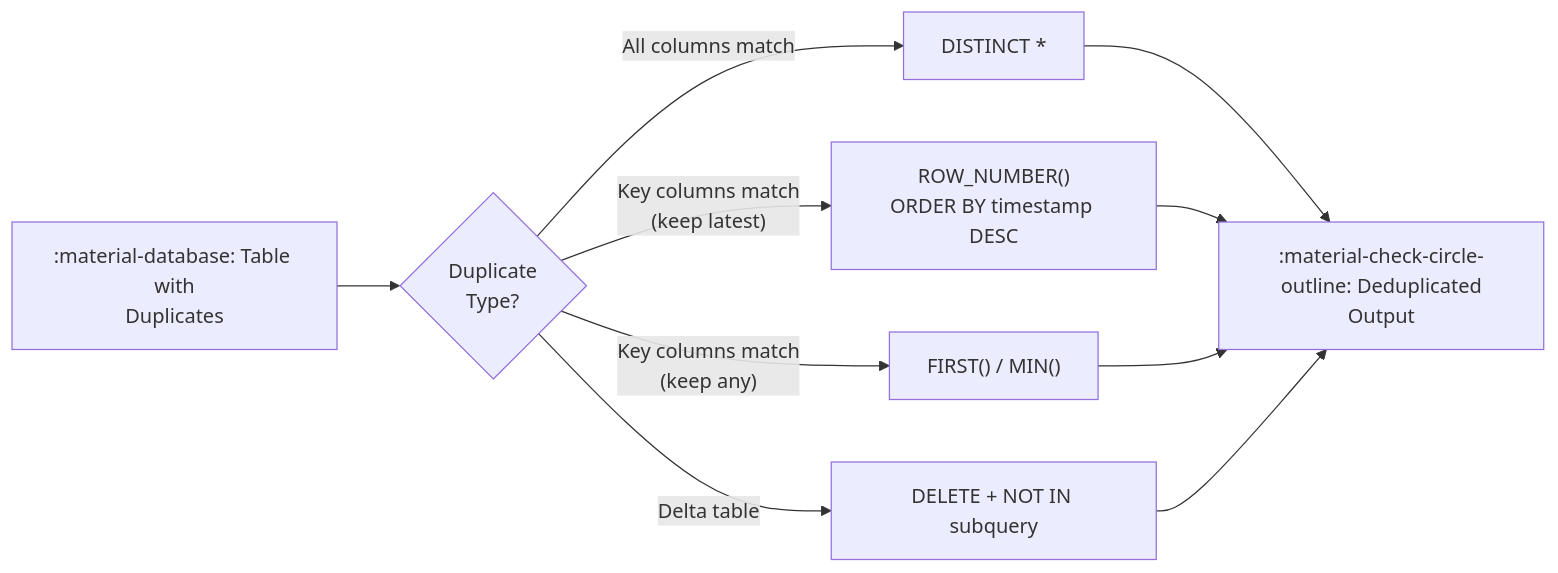
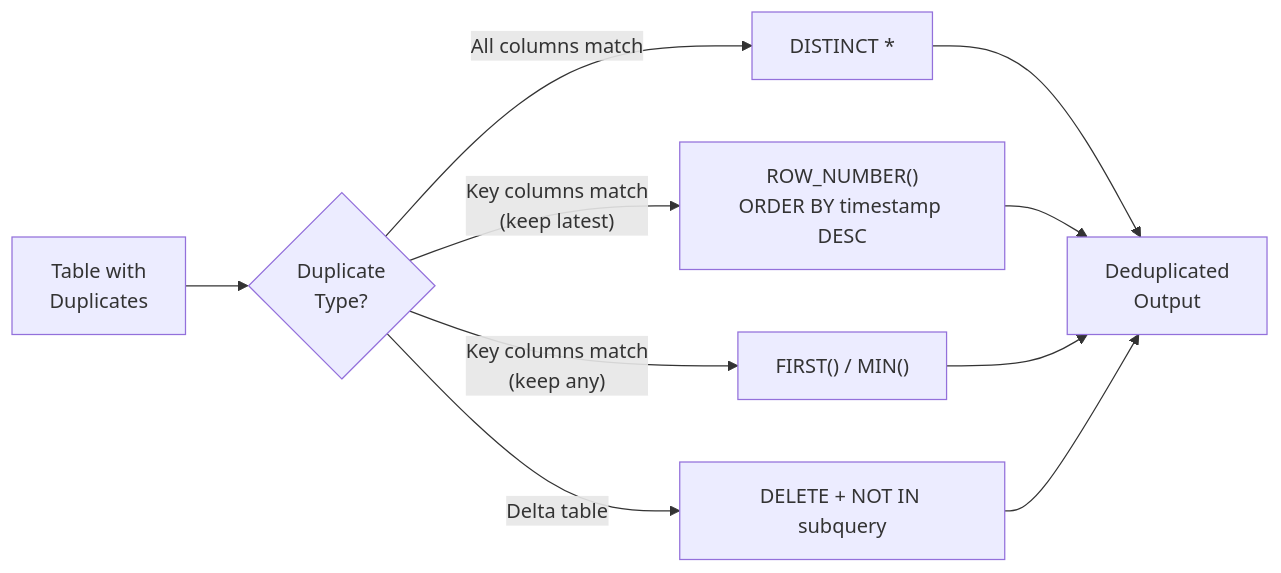
Before and after one commit to mahfooziiitian/spark-batch: the diagram in spark-sql/docs/patterns/data_quality/duplicates/removal.md, drawn with Mermaid. The commit also changed other lines of this file and 809 other files, not shown here.

````diff
--- a/spark-sql/docs/patterns/data_quality/duplicates/removal.md
+++ b/spark-sql/docs/patterns/data_quality/duplicates/removal.md
@@ -11,12 +11,12 @@
 ```mermaid
 graph LR
-    DUP[":material-database:️ Table with\nDuplicates"] --> Q{"Duplicate\nType?"}
+    DUP["Table with\nDuplicates"] --> Q{"Duplicate\nType?"}
     Q -->|"All columns match"| DIST["DISTINCT *"]
     Q -->|"Key columns match\n(keep latest)"| RN["ROW_NUMBER()\nORDER BY timestamp DESC"]
     Q -->|"Key columns match\n(keep any)"| FIRST["FIRST() / MIN()"]
     Q -->|"Delta table"| DEL["DELETE + NOT IN subquery"]
-    DIST --> OUT[":material-check-circle-outline: Deduplicated\nOutput"]
+    DIST --> OUT["Deduplicated\nOutput"]
     RN --> OUT
     FIRST --> OUT
     DEL --> OUT
 ```
````
